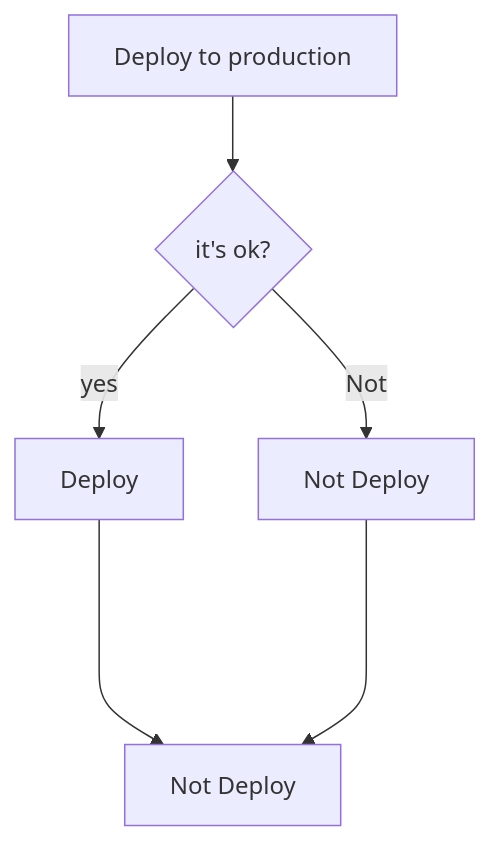
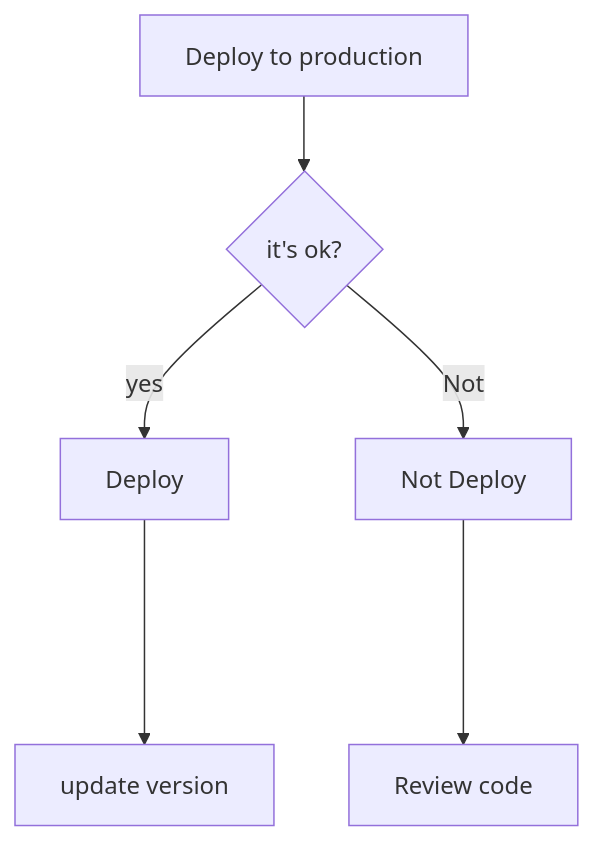
The diagram in README.md (ralexrivero/xelar_theme_profile), drawn with Mermaid before and after one commit.

````diff
--- a/README.md
+++ b/README.md
@@ -108,8 +108,8 @@
 ```mermaid
 flowchart TD
     A[Deploy to production] --> B{it's ok?};
     B -- yes --> C[Deploy];
     B -- Not --> D[Not Deploy];
-    C ----> E[Deploy];
-    D ----> E[Not Deploy];
+    C ----> E[update version];
+    D ----> F[Review code];
 ```
````
